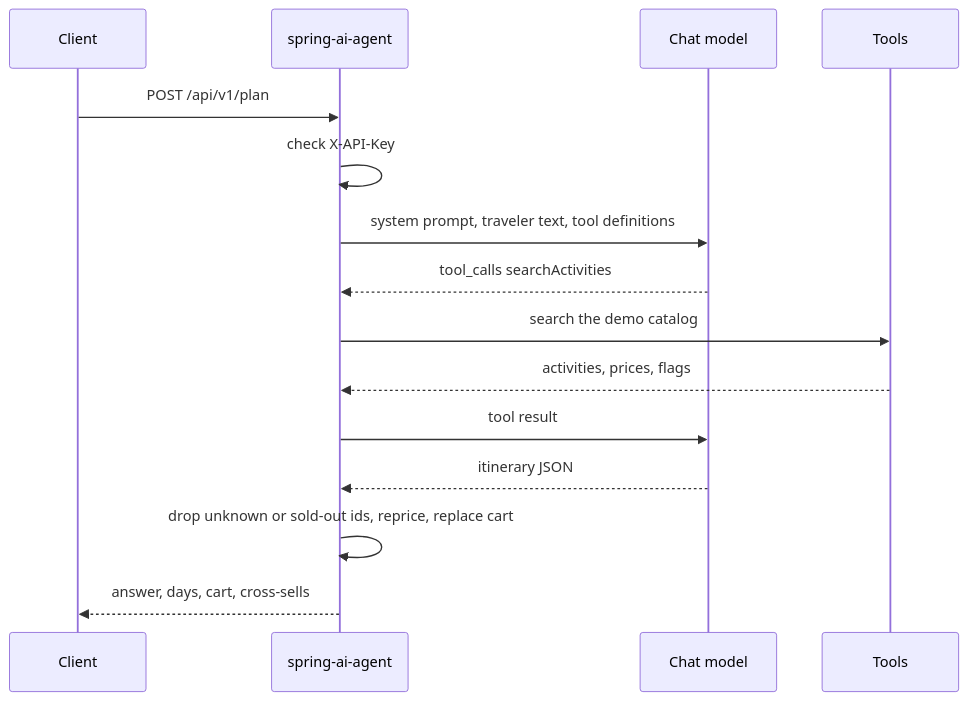
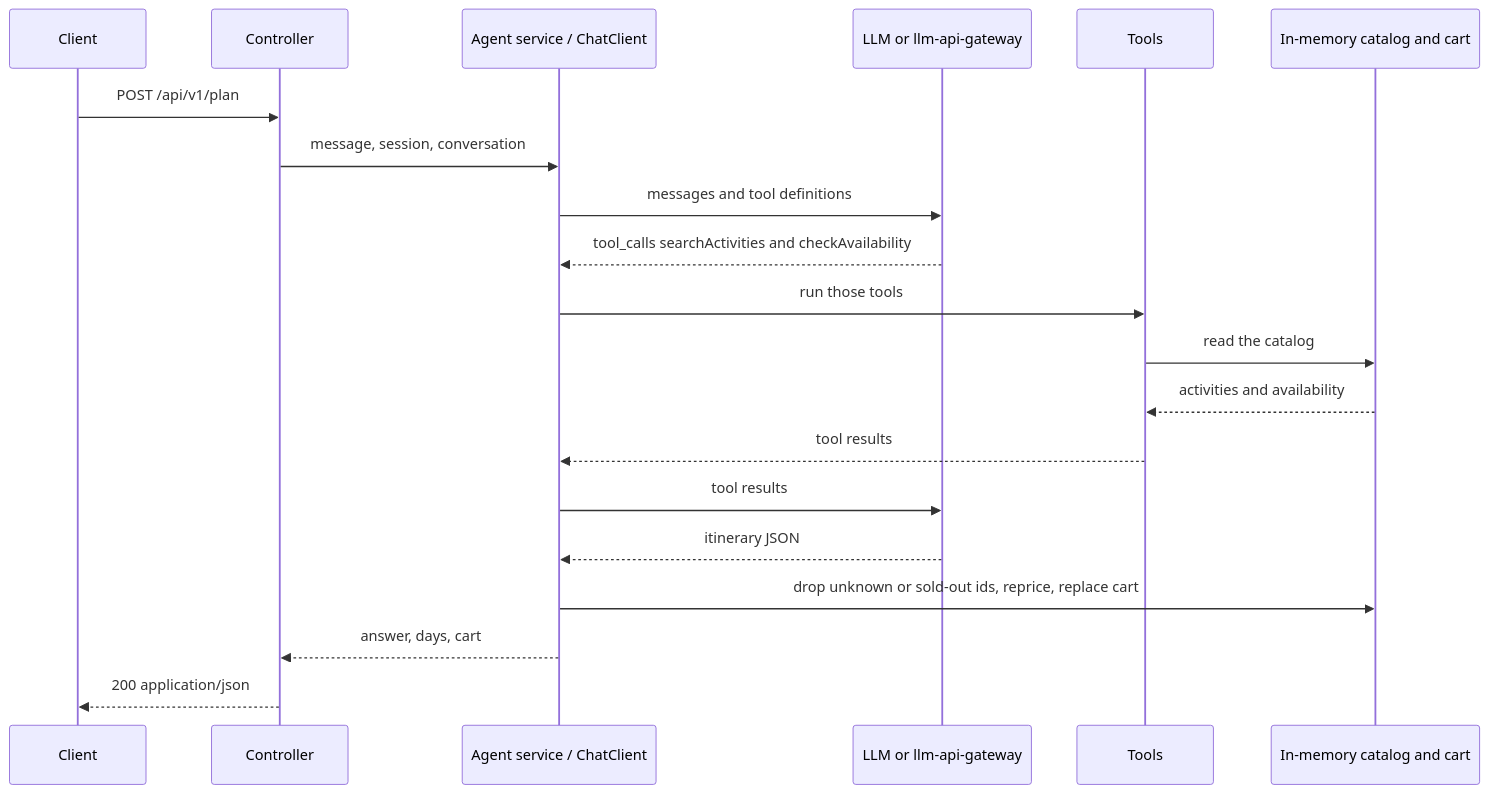
Before and after one commit to sandeepvedavyas/spring-ai-agent: the second of 2 diagrams in README.md, drawn with Mermaid. The commit also changed other lines of this file and 3 other files, not shown here.

````diff
--- a/README.md
+++ b/README.md
@@ -39,18 +37,23 @@
 ```mermaid
 sequenceDiagram
   participant C as Client
-  participant A as spring-ai-agent
-  participant M as Chat model
+  participant K as Controller
+  participant A as Agent service / ChatClient
+  participant L as LLM or llm-api-gateway
   participant T as Tools
+  participant S as In-memory catalog and cart
 
-  C->>A: POST /api/v1/plan
-  A->>A: check X-API-Key
-  A->>M: system prompt, traveler text, tool definitions
-  M-->>A: tool_calls searchActivities
-  A->>T: search the demo catalog
-  T-->>A: activities, prices, flags
-  A->>M: tool result
-  M-->>A: itinerary JSON
-  A->>A: drop unknown or sold-out ids, reprice, replace cart
-  A-->>C: answer, days, cart, cross-sells
+  C->>K: POST /api/v1/plan
+  K->>A: message, session, conversation
+  A->>L: messages and tool definitions
+  L-->>A: tool_calls searchActivities and checkAvailability
+  A->>T: run those tools
+  T->>S: read the catalog
+  S-->>T: activities and availability
+  T-->>A: tool results
+  A->>L: tool results
+  L-->>A: itinerary JSON
+  A->>S: drop unknown or sold-out ids, reprice, replace cart
+  A-->>K: answer, days, cart
+  K-->>C: 200 application/json
 ```
````
